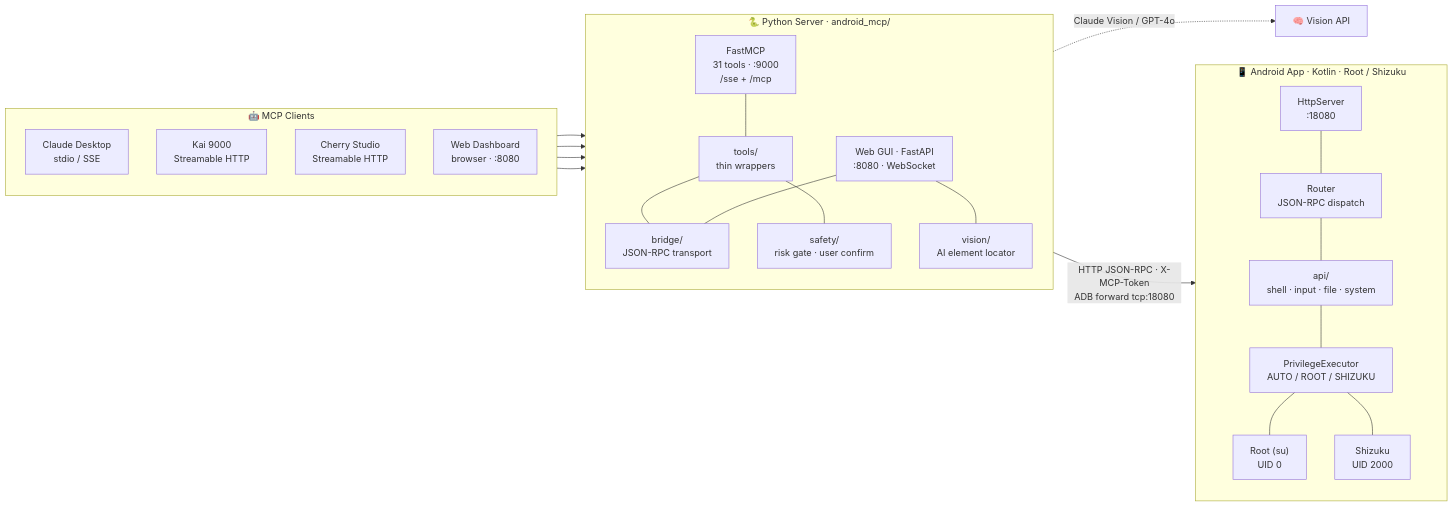
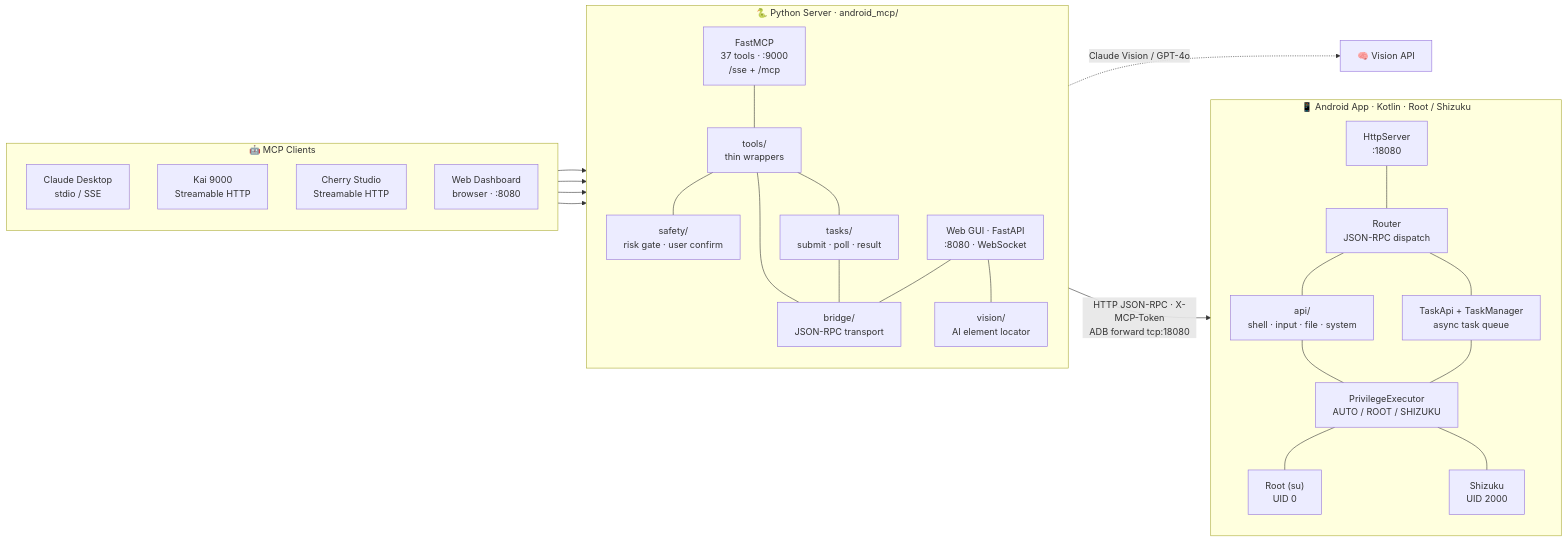
The diagram in README.md (shuao-pro/android-mcp), drawn with Mermaid before and after one commit. The commit also changed other lines of this file and 14 other files, not shown here.

First line of the commit message:
feat: add async task model and multi-step agent

````diff
--- a/README.md
+++ b/README.md
@@ -26,47 +26,53 @@
 ```mermaid
 flowchart LR
     subgraph CLIENTS["🤖 MCP Clients"]
         direction TB
         C1["Claude Desktop<br/>stdio / SSE"]
         C2["Kai 9000<br/>Streamable HTTP"]
         C3["Cherry Studio<br/>Streamable HTTP"]
         C4["Web Dashboard<br/>browser · :8080"]
     end
 
     subgraph SERVER["🐍 Python Server · android_mcp/"]
         direction TB
-        S1["FastMCP<br/>31 tools · :9000<br/>/sse + /mcp"]
+        S1["FastMCP<br/>37 tools · :9000<br/>/sse + /mcp"]
         S2["Web GUI · FastAPI<br/>:8080 · WebSocket"]
         S3["tools/<br/>thin wrappers"]
         S4["bridge/<br/>JSON-RPC transport"]
         S5["vision/<br/>AI element locator"]
         S6["safety/<br/>risk gate · user confirm"]
+        S7["tasks/<br/>submit · poll · result"]
         S1 --- S3
         S3 --- S4
         S3 --- S6
+        S3 --- S7
+        S7 --- S4
         S2 --- S4
         S2 --- S5
     end
 
     subgraph PHONE["📱 Android App · Kotlin · Root / Shizuku"]
         direction TB
         P1["HttpServer<br/>:18080"]
         P2["Router<br/>JSON-RPC dispatch"]
         P3["api/<br/>shell · input · file · system"]
         P4["PrivilegeExecutor<br/>AUTO / ROOT / SHIZUKU"]
         P5["Root (su)<br/>UID 0"]
         P6["Shizuku<br/>UID 2000"]
+        P7["TaskApi + TaskManager<br/>async task queue"]
         P1 --- P2
         P2 --- P3
+        P2 --- P7
         P3 --- P4
+        P7 --- P4
         P4 --- P5
         P4 --- P6
     end
 
     C1 --> S1
     C2 --> S1
     C3 --> S1
     C4 --> S2
     S4 -->|"HTTP JSON-RPC · X-MCP-Token<br/>ADB forward tcp:18080"| P1
     S5 -.->|"Claude Vision / GPT-4o"| V["🧠 Vision API"]
 ```
````
